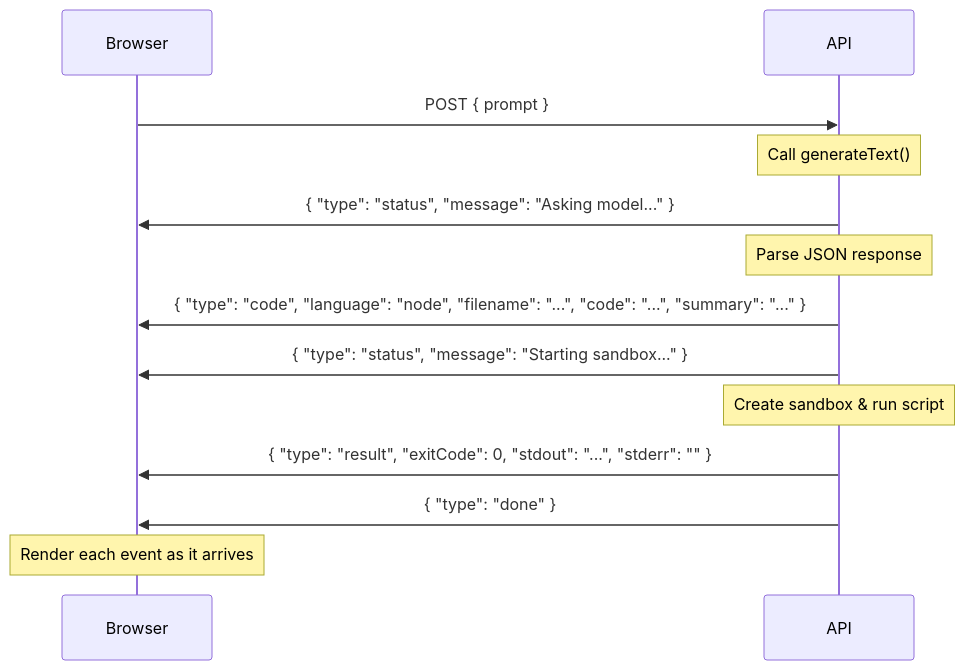
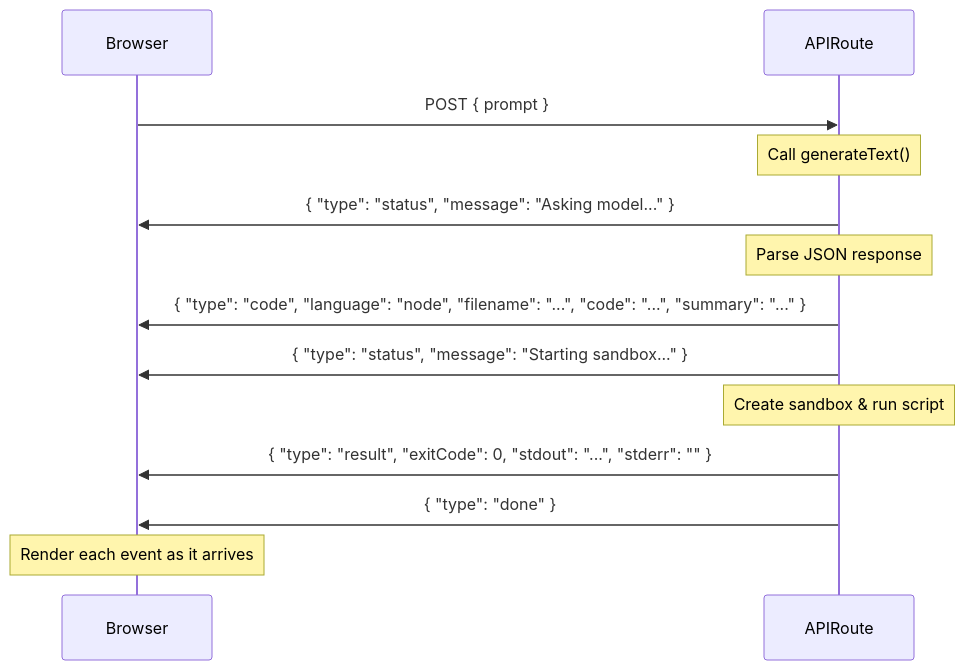
Before and after one commit to ramirez-ai-labs/vercel-agent-demo: the second of 4 diagrams in README.md, drawn with Mermaid. The commit also changed other lines of this file, not shown here.

Commit message:
docs: fix mermaid diagram render failure on GitHub
Node/actor IDs "API" and "Sandbox" were reused across separate
diagrams on the same page. GitHub renders all mermaid diagrams into
one DOM, so the duplicate IDs collided and threw "Cannot read
properties of undefined (reading 'render')" on the second occurrence.
Renamed the sequence diagram's API actor to APIRoute and the
isolation-model diagram's Sandbox node to SandboxVM (labels unchanged).

````diff
--- a/README.md
+++ b/README.md
@@ -74,13 +74,13 @@
 ```mermaid
 sequenceDiagram
-    Browser->>API: POST { prompt }
-    Note over API: Call generateText()
-    API->>Browser: { "type": "status", "message": "Asking model..." }
-    Note over API: Parse JSON response
-    API->>Browser: { "type": "code", "language": "node", "filename": "...", "code": "...", "summary": "..." }
-    API->>Browser: { "type": "status", "message": "Starting sandbox..." }
-    Note over API: Create sandbox & run script
-    API->>Browser: { "type": "result", "exitCode": 0, "stdout": "...", "stderr": "" }
-    API->>Browser: { "type": "done" }
+    Browser->>APIRoute: POST { prompt }
+    Note over APIRoute: Call generateText()
+    APIRoute->>Browser: { "type": "status", "message": "Asking model..." }
+    Note over APIRoute: Parse JSON response
+    APIRoute->>Browser: { "type": "code", "language": "node", "filename": "...", "code": "...", "summary": "..." }
+    APIRoute->>Browser: { "type": "status", "message": "Starting sandbox..." }
+    Note over APIRoute: Create sandbox & run script
+    APIRoute->>Browser: { "type": "result", "exitCode": 0, "stdout": "...", "stderr": "" }
+    APIRoute->>Browser: { "type": "done" }
     Note over Browser: Render each event as it arrives
 ```
````
